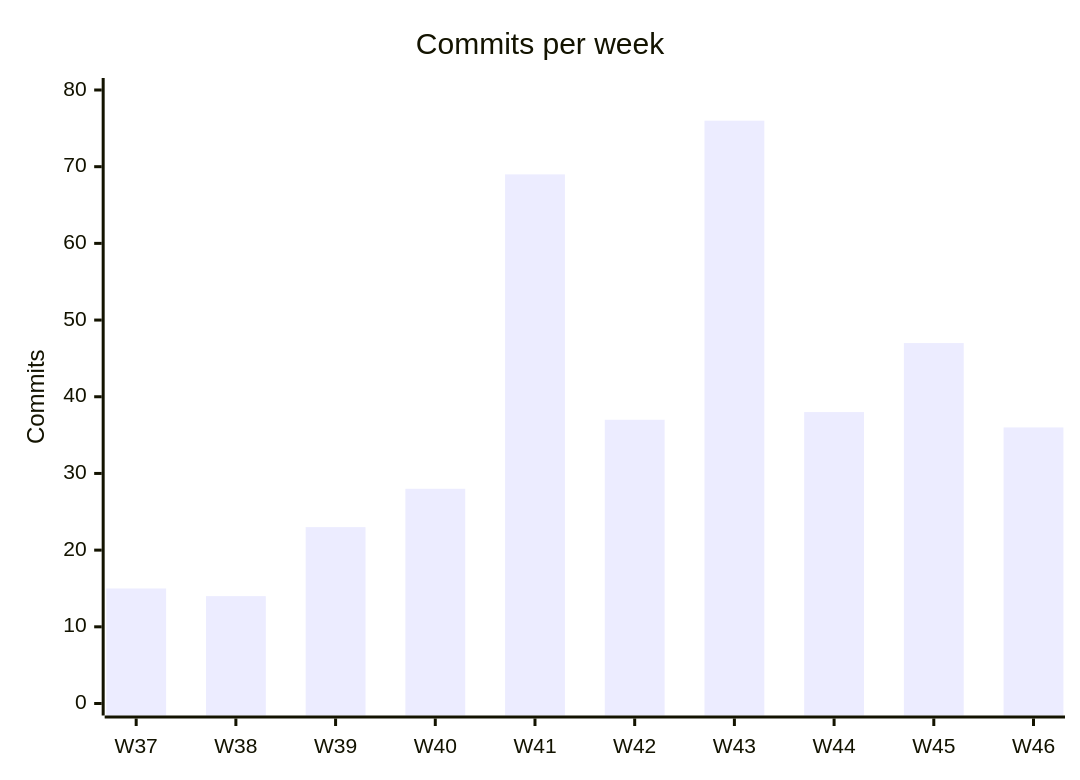
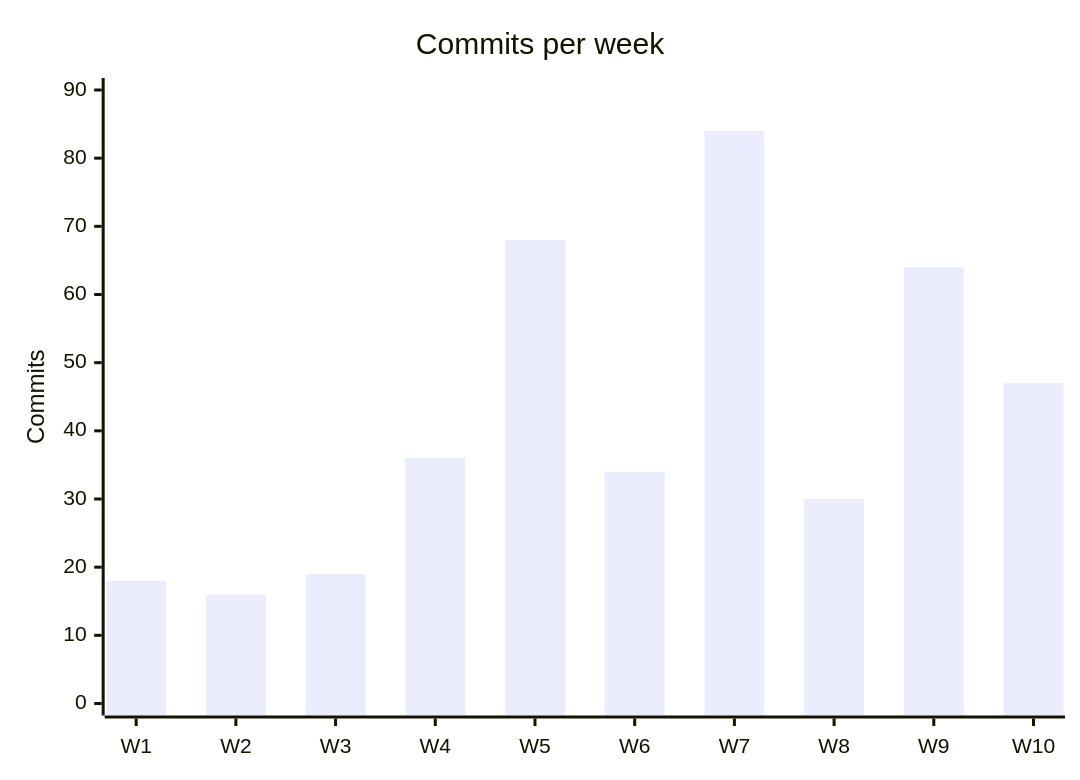
The second of 2 diagrams in project_management/timeline.md (B4nJuice/42-Pak-man), drawn with Mermaid before and after one commit. The commit also changed other lines of this file and 2 other files, not shown here.

````diff
--- a/project_management/timeline.md
+++ b/project_management/timeline.md
@@ -89,7 +94,7 @@
 ```mermaid
 xychart-beta
     title "Commits per week"
-    x-axis [W37, W38, W39, W40, W41, W42, W43, W44, W45, W46]
-    y-axis "Commits" 0 --> 80
-    bar [15, 14, 23, 28, 69, 37, 76, 38, 47, 36]
+    x-axis ["W1", "W2", "W3", "W4", "W5", "W6", "W7", "W8", "W9", "W10"]
+    y-axis "Commits" 0 --> 90
+    bar [18, 16, 19, 36, 68, 34, 84, 30, 64, 47]
 ```
````
